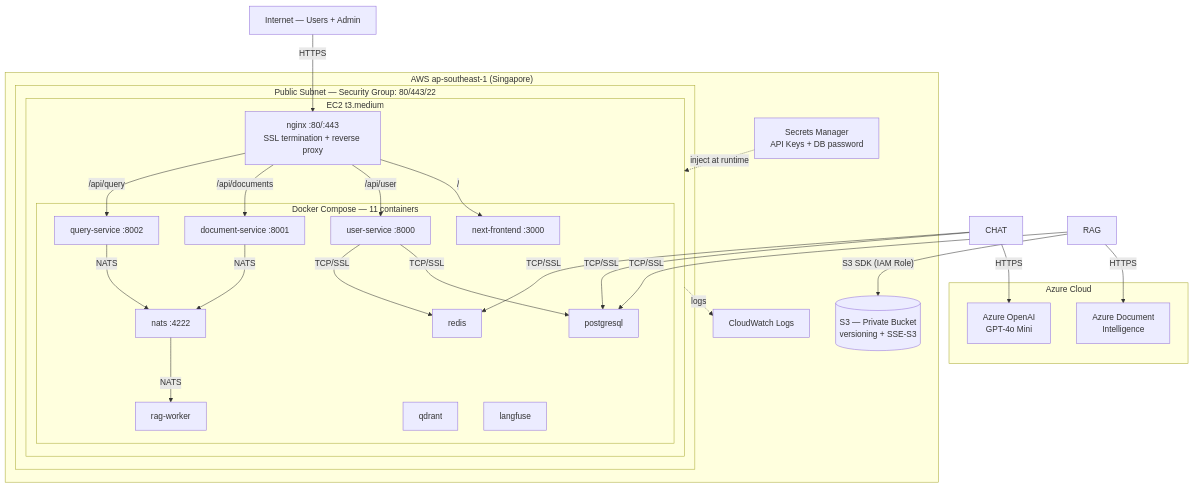
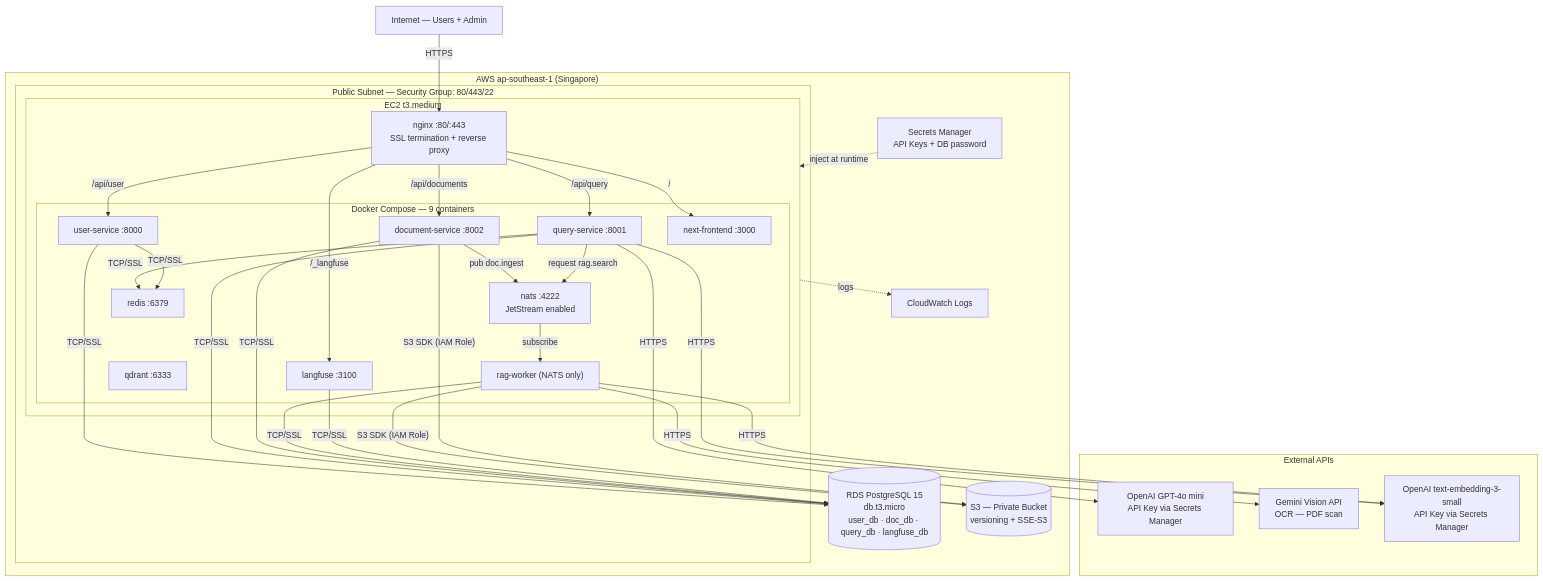
One commit to cds0987/DA08-VSF-AI changed the sixth of 6 diagrams in docs/SA_RAG_Chatbot_Final.md. Above: the diagram before and after it, drawn with Mermaid. The commit also changed other lines of this file and 13 other files, not shown here.

````diff
--- a/docs/SA_RAG_Chatbot_Final.md
+++ b/docs/SA_RAG_Chatbot_Final.md
@@ -658,51 +692,58 @@
 ```mermaid
 graph TB
     INTERNET["Internet — Users + Admin"]
 
     subgraph AWS["AWS ap-southeast-1 (Singapore)"]
         subgraph PUBLIC["Public Subnet — Security Group: 80/443/22"]
             subgraph EC2["EC2 t3.medium"]
                 NGINX["nginx :80/:443\nSSL termination + reverse proxy"]
-                subgraph COMPOSE["Docker Compose — 11 containers"]
+                subgraph COMPOSE["Docker Compose — 9 containers"]
                     NEXT["next-frontend :3000"]
                     USVC["user-service :8000"]
-                    INGEST["document-service :8001"]
-                    QUERY["query-service :8002"]
-                    RAGW["rag-worker"]
-                    NATS["nats :4222"]
-                    QD["qdrant"]
-                    REDIS["redis"]
-                    LF["langfuse"]
-                    PG["postgresql"]
+                    INGEST["document-service :8002"]
+                    QUERY["query-service :8001"]
+                    RAGW["rag-worker (NATS only)"]
+                    NATS_C["nats :4222\nJetStream enabled"]
+                    QD["qdrant :6333"]
+                    REDIS_C["redis :6379"]
+                    LF["langfuse :3100"]
                 end
             end
         end
+        RDS[("RDS PostgreSQL 15\ndb.t3.micro\nuser_db · doc_db · query_db · langfuse_db")]
         S3[("S3 — Private Bucket\nversioning + SSE-S3")]
         SM["Secrets Manager\nAPI Keys + DB password"]
         CW["CloudWatch Logs"]
     end
 
-    subgraph AZURE["Azure Cloud"]
-        AOAI["Azure OpenAI\nGPT-4o Mini"]
-        ADI["Azure Document\nIntelligence"]
+    subgraph EXT["External APIs"]
+        AOAI["OpenAI GPT-4o mini\nAPI Key via Secrets Manager"]
+        GV["Gemini Vision API\nOCR — PDF scan"]
+        OAI_EMB["OpenAI text-embedding-3-small\nAPI Key via Secrets Manager"]
     end
 
     INTERNET -->|"HTTPS"| NGINX
     NGINX -->|"/"| NEXT
     NGINX -->|"/api/user"| USVC
     NGINX -->|"/api/documents"| INGEST
     NGINX -->|"/api/query"| QUERY
-    INGEST -->|"NATS"| NATS
-    QUERY -->|"NATS"| NATS
-    NATS -->|"NATS"| RAGW
-    USVC -->|"TCP/SSL"| PG
-    CHAT -->|"TCP/SSL"| PG
-    RAG -->|"TCP/SSL"| PG
-    CHAT -->|"TCP/SSL"| REDIS
-    USVC -->|"TCP/SSL"| REDIS
-    RAG -->|"S3 SDK (IAM Role)"| S3
-    CHAT -->|"HTTPS"| AOAI
-    RAG -->|"HTTPS"| ADI
+    NGINX -->|"/_langfuse"| LF
+    INGEST -->|"pub doc.ingest"| NATS_C
+    QUERY -->|"request rag.search"| NATS_C
+    NATS_C -->|"subscribe"| RAGW
+    USVC -->|"TCP/SSL"| RDS
+    QUERY -->|"TCP/SSL"| RDS
+    INGEST -->|"TCP/SSL"| RDS
+    RAGW -->|"TCP/SSL"| RDS
+    LF -->|"TCP/SSL"| RDS
+    QUERY -->|"TCP/SSL"| REDIS_C
+    USVC -->|"TCP/SSL"| REDIS_C
+    RAGW -->|"S3 SDK (IAM Role)"| S3
+    INGEST -->|"S3 SDK (IAM Role)"| S3
+    QUERY -->|"HTTPS"| AOAI
+    QUERY -->|"HTTPS"| OAI_EMB
+    RAGW -->|"HTTPS"| OAI_EMB
+    RAGW -->|"HTTPS"| GV
     SM -.->|"inject at runtime"| EC2
     EC2 -.->|"logs"| CW
 ```
````
